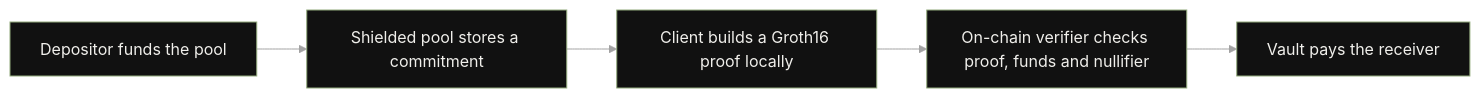
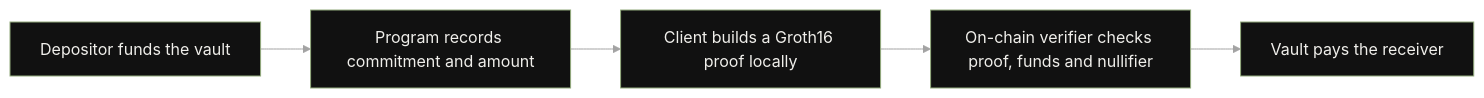
Before and after one commit to Parad0x-Labs/Dark-Null-Protocol: the first of 2 diagrams in README.md, drawn with Mermaid. The commit also changed other lines of this file and 25 other files, not shown here.

````diff
--- a/README.md
+++ b/README.md
@@ -20,8 +20,8 @@
 ```mermaid
 %%{init: {'theme':'base','themeVariables':{'primaryColor':'#111111','primaryTextColor':'#f0efeb','primaryBorderColor':'#92aa7c','lineColor':'#a3a3a3','secondaryColor':'#0a0a0a','tertiaryColor':'#0a0a0a','fontFamily':'JetBrains Mono, monospace'}}}%%
 flowchart LR
-    A[Depositor funds the pool] --> B[Shielded pool stores a commitment]
+    A[Depositor funds the vault] --> B[Program records commitment and amount]
     B --> C[Client builds a Groth16 proof locally]
     C --> D[On-chain verifier checks proof, funds and nullifier]
     D --> E[Vault pays the receiver]
 ```
````
